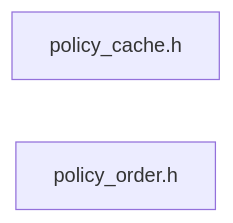
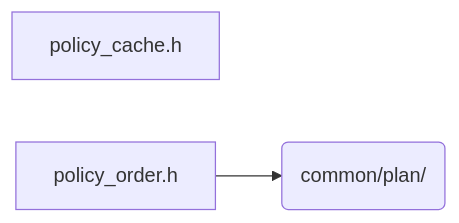
Before and after one commit to Tugbars/VectorFFT: the diagram in docs/architecture/generated/folders/common__policy.md, drawn with Mermaid. The commit also changed 98 other files, not shown here.

Commit message:
regenerated architecture drawings

````diff
--- a/docs/architecture/generated/folders/common__policy.md
+++ b/docs/architecture/generated/folders/common__policy.md
@@ -11,5 +11,7 @@
 ```mermaid
 flowchart LR
     n_common_policy_policy_cache_h["policy_cache.h"]
     n_common_policy_policy_order_h["policy_order.h"]
+    n_dir_common_plan("common/plan/")
+    n_common_policy_policy_order_h --> n_dir_common_plan
 ```
````
